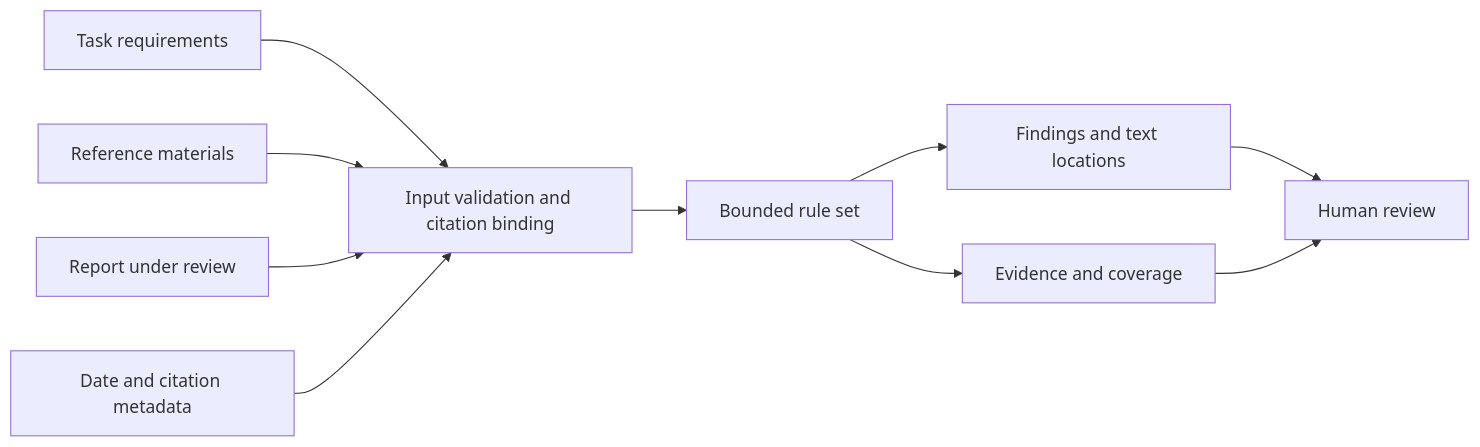
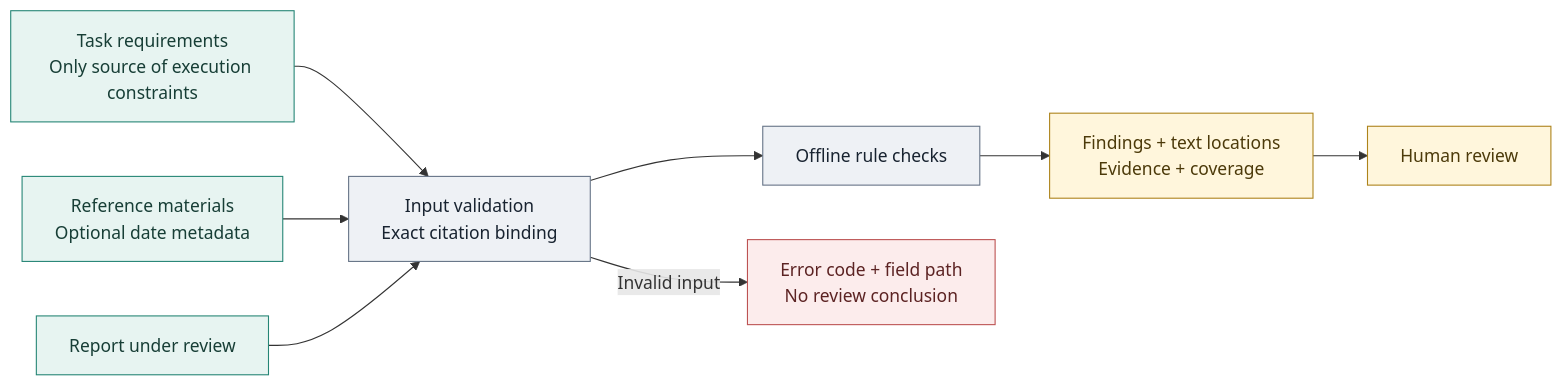
One commit to liulinlin718-netizen/TAgent changed the first of 2 diagrams in opensource/evidence-bound-review/README_EN.md. Above: the diagram before and after it, drawn with Mermaid. The commit also changed other lines of this file and 88 other files, not shown here.

````diff
--- a/opensource/evidence-bound-review/README_EN.md
+++ b/opensource/evidence-bound-review/README_EN.md
@@ -18,12 +24,18 @@
 ```mermaid
 flowchart LR
-    A[Task requirements] --> E[Input validation and citation binding]
-    B[Reference materials] --> E
-    C[Report under review] --> E
-    D[Date and citation metadata] --> E
-    E --> F[Bounded rule set]
-    F --> G[Findings and text locations]
-    F --> H[Evidence and coverage]
-    G --> I[Human review]
-    H --> I
+    A["Task requirements<br/>Only source of execution constraints"] --> E["Input validation<br/>Exact citation binding"]
+    B["Reference materials<br/>Optional date metadata"] --> E
+    C["Report under review"] --> E
+    E --> F["Offline rule checks"]
+    F --> G["Findings + text locations<br/>Evidence + coverage"]
+    G --> H["Human review"]
+    E -->|Invalid input| X["Error code + field path<br/>No review conclusion"]
+    classDef input fill:#e7f4f1,stroke:#258575,color:#173e36
+    classDef check fill:#eef1f5,stroke:#657386,color:#182330
+    classDef result fill:#fff6dc,stroke:#ad831a,color:#4c3a0a
+    classDef error fill:#fcecec,stroke:#bc5252,color:#5c2323
+    class A,B,C input
+    class E,F check
+    class G,H result
+    class X error
 ```
````
